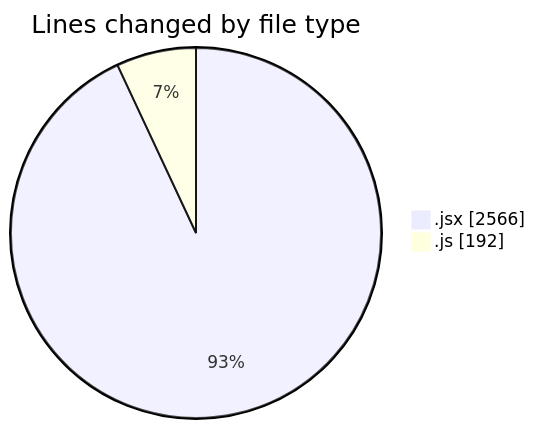
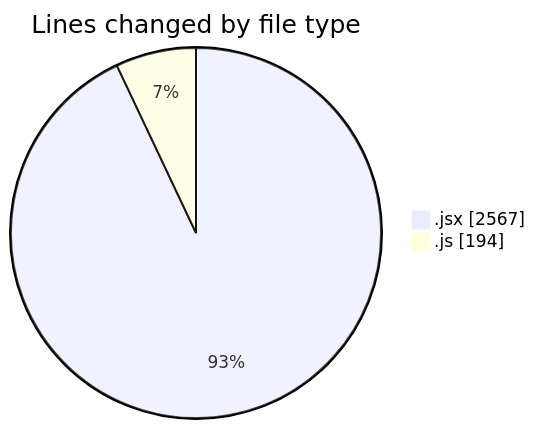
One commit to nxtqubesakshisongat/code-tracking changed the first of 2 diagrams in 2025-07-11/argos/README.md. Above: the diagram before and after it, drawn with Mermaid. The commit also changed other lines of this file and 1 other file, not shown here.

````diff
--- a/2025-07-11/argos/README.md
+++ b/2025-07-11/argos/README.md
@@ -24,6 +24,6 @@
 ```mermaid
 pie showData
 title Lines changed by file type
-".jsx" : 2566
-".js" : 192
+".jsx" : 2567
+".js" : 194
 ```
````
